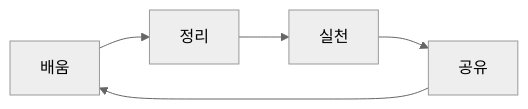
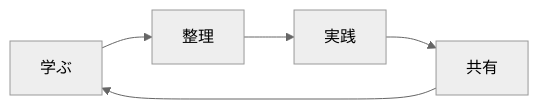
Before and after one commit to DramaticCollaboration/empasy.io: the diagram in docs/ja/study/index.md, drawn with Mermaid (neutral theme). The commit also changed other lines of this file and 77 other files, not shown here.

````diff
--- a/docs/ja/study/index.md
+++ b/docs/ja/study/index.md
@@ -40,7 +40,7 @@
 ```mermaid
   graph LR
-  A[배움] --> B[정리]
-  B --> C[실천]
-  C --> D[공유]
+  A[学ぶ] --> B[整理]
+  B --> C[実践]
+  C --> D[共有]
   D --> A
 ```
````
